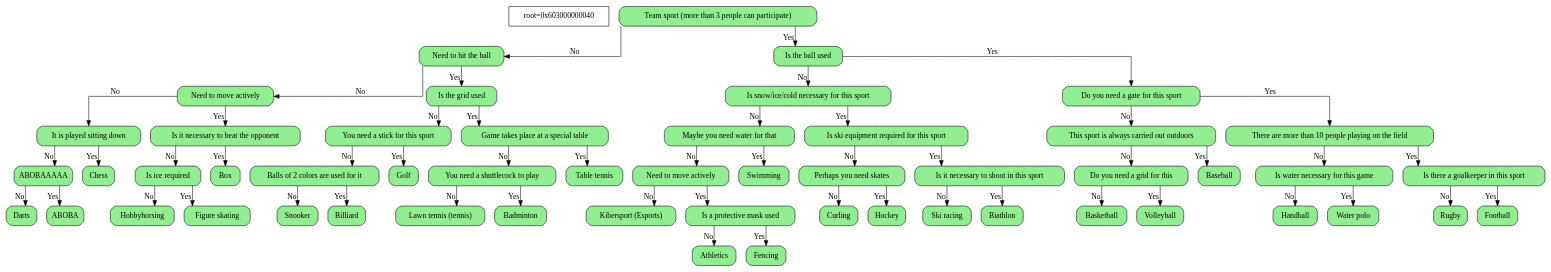
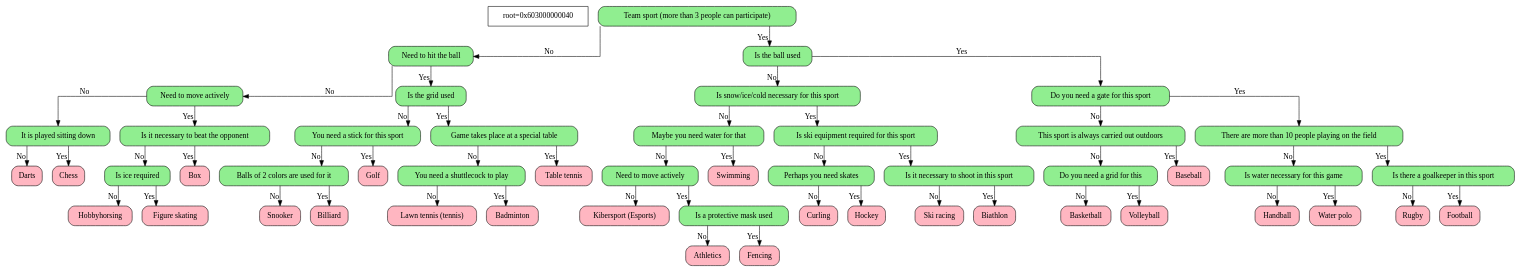
The diagram in DumpFiles/dump.dot (Yan103/Akinator), drawn with Graphviz before and after one commit. The commit also changed 11 other files, not shown here.

```diff
--- a/DumpFiles/dump.dot
+++ b/DumpFiles/dump.dot
@@ -11,23 +11,29 @@
 	node0x6030000000a0->node0x6030000000d0[xlabel="No"]
 	node0x6030000000d0[shape=Mrecord,style="rounded,filled",fillcolor="lightgreen",label="{ It is played sitting down }"]
 	node0x6030000000d0->node0x603000000100[xlabel="No"]
-	node0x603000000100[shape=Mrecord,style="rounded,filled",fillcolor="lightgreen",label="{ ABOBAAAAA }"]
-	node0x603000000100->node0x603000000b80[xlabel="No"]
-	node0x603000000b80[shape=Mrecord,style="rounded,filled",fillcolor="lightgreen",label="{ Darts }"]
-	node0x603000000100->node0x603000000bb0[xlabel="Yes"]
-	node0x603000000bb0[shape=Mrecord,style="rounded,filled",fillcolor="lightgreen",label="{ ABOBA }"]
+	node0x603000000100[shape=Mrecord,style="rounded,filled",fillcolor="lightpink",label="{ Darts }"]
+	node0x603000000100[shape=Mrecord,style="rounded,filled",fillcolor="lightpink",label="{ Darts }"]
+	node0x6030000000d0[shape=Mrecord,style="rounded,filled",fillcolor="lightgreen",label="{ It is played sitting down }"]
 	node0x6030000000d0->node0x603000000130[xlabel="Yes"]
-	node0x603000000130[shape=Mrecord,style="rounded,filled",fillcolor="lightgreen",label="{ Chess }"]
+	node0x603000000130[shape=Mrecord,style="rounded,filled",fillcolor="lightpink",label="{ Chess }"]
+	node0x603000000130[shape=Mrecord,style="rounded,filled",fillcolor="lightpink",label="{ Chess }"]
+	node0x6030000000a0[shape=Mrecord,style="rounded,filled",fillcolor="lightgreen",label="{ Need to move actively }"]
 	node0x6030000000a0->node0x603000000160[xlabel="Yes"]
 	node0x603000000160[shape=Mrecord,style="rounded,filled",fillcolor="lightgreen",label="{ Is it necessary to beat the opponent }"]
 	node0x603000000160->node0x603000000190[xlabel="No"]
 	node0x603000000190[shape=Mrecord,style="rounded,filled",fillcolor="lightgreen",label="{ Is ice required }"]
 	node0x603000000190->node0x6030000001c0[xlabel="No"]
-	node0x6030000001c0[shape=Mrecord,style="rounded,filled",fillcolor="lightgreen",label="{ Hobbyhorsing }"]
+	node0x6030000001c0[shape=Mrecord,style="rounded,filled",fillcolor="lightpink",label="{ Hobbyhorsing }"]
+	node0x6030000001c0[shape=Mrecord,style="rounded,filled",fillcolor="lightpink",label="{ Hobbyhorsing }"]
+	node0x603000000190[shape=Mrecord,style="rounded,filled",fillcolor="lightgreen",label="{ Is ice required }"]
 	node0x603000000190->node0x6030000001f0[xlabel="Yes"]
-	node0x6030000001f0[shape=Mrecord,style="rounded,filled",fillcolor="lightgreen",label="{ Figure skating }"]
+	node0x6030000001f0[shape=Mrecord,style="rounded,filled",fillcolor="lightpink",label="{ Figure skating }"]
+	node0x6030000001f0[shape=Mrecord,style="rounded,filled",fillcolor="lightpink",label="{ Figure skating }"]
+	node0x603000000160[shape=Mrecord,style="rounded,filled",fillcolor="lightgreen",label="{ Is it necessary to beat the opponent }"]
 	node0x603000000160->node0x603000000220[xlabel="Yes"]
-	node0x603000000220[shape=Mrecord,style="rounded,filled",fillcolor="lightgreen",label="{ Box }"]
+	node0x603000000220[shape=Mrecord,style="rounded,filled",fillcolor="lightpink",label="{ Box }"]
+	node0x603000000220[shape=Mrecord,style="rounded,filled",fillcolor="lightpink",label="{ Box }"]
+	node0x603000000070[shape=Mrecord,style="rounded,filled",fillcolor="lightgreen",label="{ Need to hit the ball }"]
 	node0x603000000070->node0x603000000250[xlabel="Yes"]
 	node0x603000000250[shape=Mrecord,style="rounded,filled",fillcolor="lightgreen",label="{ Is the grid used }"]
 	node0x603000000250->node0x603000000280[xlabel="No"]
@@ -35,21 +41,33 @@
 	node0x603000000280->node0x6030000002b0[xlabel="No"]
 	node0x6030000002b0[shape=Mrecord,style="rounded,filled",fillcolor="lightgreen",label="{ Balls of 2 colors are used for it }"]
 	node0x6030000002b0->node0x6030000002e0[xlabel="No"]
-	node0x6030000002e0[shape=Mrecord,style="rounded,filled",fillcolor="lightgreen",label="{ Snooker }"]
+	node0x6030000002e0[shape=Mrecord,style="rounded,filled",fillcolor="lightpink",label="{ Snooker }"]
+	node0x6030000002e0[shape=Mrecord,style="rounded,filled",fillcolor="lightpink",label="{ Snooker }"]
+	node0x6030000002b0[shape=Mrecord,style="rounded,filled",fillcolor="lightgreen",label="{ Balls of 2 colors are used for it }"]
 	node0x6030000002b0->node0x603000000310[xlabel="Yes"]
-	node0x603000000310[shape=Mrecord,style="rounded,filled",fillcolor="lightgreen",label="{ Billiard }"]
+	node0x603000000310[shape=Mrecord,style="rounded,filled",fillcolor="lightpink",label="{ Billiard }"]
+	node0x603000000310[shape=Mrecord,style="rounded,filled",fillcolor="lightpink",label="{ Billiard }"]
+	node0x603000000280[shape=Mrecord,style="rounded,filled",fillcolor="lightgreen",label="{ You need a stick for this sport }"]
 	node0x603000000280->node0x603000000340[xlabel="Yes"]
-	node0x603000000340[shape=Mrecord,style="rounded,filled",fillcolor="lightgreen",label="{ Golf }"]
+	node0x603000000340[shape=Mrecord,style="rounded,filled",fillcolor="lightpink",label="{ Golf }"]
+	node0x603000000340[shape=Mrecord,style="rounded,filled",fillcolor="lightpink",label="{ Golf }"]
+	node0x603000000250[shape=Mrecord,style="rounded,filled",fillcolor="lightgreen",label="{ Is the grid used }"]
 	node0x603000000250->node0x603000000370[xlabel="Yes"]
 	node0x603000000370[shape=Mrecord,style="rounded,filled",fillcolor="lightgreen",label="{ Game takes place at a special table }"]
 	node0x603000000370->node0x6030000003a0[xlabel="No"]
 	node0x6030000003a0[shape=Mrecord,style="rounded,filled",fillcolor="lightgreen",label="{ You need a shuttlecock to play }"]
 	node0x6030000003a0->node0x6030000003d0[xlabel="No"]
-	node0x6030000003d0[shape=Mrecord,style="rounded,filled",fillcolor="lightgreen",label="{ Lawn tennis (tennis) }"]
+	node0x6030000003d0[shape=Mrecord,style="rounded,filled",fillcolor="lightpink",label="{ Lawn tennis (tennis) }"]
+	node0x6030000003d0[shape=Mrecord,style="rounded,filled",fillcolor="lightpink",label="{ Lawn tennis (tennis) }"]
+	node0x6030000003a0[shape=Mrecord,style="rounded,filled",fillcolor="lightgreen",label="{ You need a shuttlecock to play }"]
 	node0x6030000003a0->node0x603000000400[xlabel="Yes"]
-	node0x603000000400[shape=Mrecord,style="rounded,filled",fillcolor="lightgreen",label="{ Badminton }"]
+	node0x603000000400[shape=Mrecord,style="rounded,filled",fillcolor="lightpink",label="{ Badminton }"]
+	node0x603000000400[shape=Mrecord,style="rounded,filled",fillcolor="lightpink",label="{ Badminton }"]
+	node0x603000000370[shape=Mrecord,style="rounded,filled",fillcolor="lightgreen",label="{ Game takes place at a special table }"]
 	node0x603000000370->node0x603000000430[xlabel="Yes"]
-	node0x603000000430[shape=Mrecord,style="rounded,filled",fillcolor="lightgreen",label="{ Table tennis }"]
+	node0x603000000430[shape=Mrecord,style="rounded,filled",fillcolor="lightpink",label="{ Table tennis }"]
+	node0x603000000430[shape=Mrecord,style="rounded,filled",fillcolor="lightpink",label="{ Table tennis }"]
+	node0x603000000040[shape=Mrecord,style="rounded,filled",fillcolor="lightgreen",label="{ Team sport (more than 3 people can participate) }"]
 	node0x603000000040->node0x603000000460[xlabel="Yes"]
 	node0x603000000460[shape=Mrecord,style="rounded,filled",fillcolor="lightgreen",label="{ Is the ball  used }"]
 	node0x603000000460->node0x603000000490[xlabel="No"]
@@ -59,29 +77,45 @@
 	node0x6030000004c0->node0x6030000004f0[xlabel="No"]
 	node0x6030000004f0[shape=Mrecord,style="rounded,filled",fillcolor="lightgreen",label="{ Need to move actively }"]
 	node0x6030000004f0->node0x603000000520[xlabel="No"]
-	node0x603000000520[shape=Mrecord,style="rounded,filled",fillcolor="lightgreen",label="{ Kibersport (Esports) }"]
+	node0x603000000520[shape=Mrecord,style="rounded,filled",fillcolor="lightpink",label="{ Kibersport (Esports) }"]
+	node0x603000000520[shape=Mrecord,style="rounded,filled",fillcolor="lightpink",label="{ Kibersport (Esports) }"]
+	node0x6030000004f0[shape=Mrecord,style="rounded,filled",fillcolor="lightgreen",label="{ Need to move actively }"]
 	node0x6030000004f0->node0x603000000550[xlabel="Yes"]
 	node0x603000000550[shape=Mrecord,style="rounded,filled",fillcolor="lightgreen",label="{ Is a protective mask used }"]
 	node0x603000000550->node0x603000000580[xlabel="No"]
-	node0x603000000580[shape=Mrecord,style="rounded,filled",fillcolor="lightgreen",label="{ Athletics }"]
+	node0x603000000580[shape=Mrecord,style="rounded,filled",fillcolor="lightpink",label="{ Athletics }"]
+	node0x603000000580[shape=Mrecord,style="rounded,filled",fillcolor="lightpink",label="{ Athletics }"]
+	node0x603000000550[shape=Mrecord,style="rounded,filled",fillcolor="lightgreen",label="{ Is a protective mask used }"]
 	node0x603000000550->node0x6030000005b0[xlabel="Yes"]
-	node0x6030000005b0[shape=Mrecord,style="rounded,filled",fillcolor="lightgreen",label="{ Fencing }"]
+	node0x6030000005b0[shape=Mrecord,style="rounded,filled",fillcolor="lightpink",label="{ Fencing }"]
+	node0x6030000005b0[shape=Mrecord,style="rounded,filled",fillcolor="lightpink",label="{ Fencing }"]
+	node0x6030000004c0[shape=Mrecord,style="rounded,filled",fillcolor="lightgreen",label="{ Maybe you need water for that }"]
 	node0x6030000004c0->node0x6030000005e0[xlabel="Yes"]
-	node0x6030000005e0[shape=Mrecord,style="rounded,filled",fillcolor="lightgreen",label="{ Swimming }"]
+	node0x6030000005e0[shape=Mrecord,style="rounded,filled",fillcolor="lightpink",label="{ Swimming }"]
+	node0x6030000005e0[shape=Mrecord,style="rounded,filled",fillcolor="lightpink",label="{ Swimming }"]
+	node0x603000000490[shape=Mrecord,style="rounded,filled",fillcolor="lightgreen",label="{ Is snow/ice/cold necessary for this sport }"]
 	node0x603000000490->node0x603000000610[xlabel="Yes"]
 	node0x603000000610[shape=Mrecord,style="rounded,filled",fillcolor="lightgreen",label="{ Is ski equipment required for this sport }"]
 	node0x603000000610->node0x603000000640[xlabel="No"]
 	node0x603000000640[shape=Mrecord,style="rounded,filled",fillcolor="lightgreen",label="{ Perhaps you need skates }"]
 	node0x603000000640->node0x603000000670[xlabel="No"]
-	node0x603000000670[shape=Mrecord,style="rounded,filled",fillcolor="lightgreen",label="{ Curling }"]
+	node0x603000000670[shape=Mrecord,style="rounded,filled",fillcolor="lightpink",label="{ Curling }"]
+	node0x603000000670[shape=Mrecord,style="rounded,filled",fillcolor="lightpink",label="{ Curling }"]
+	node0x603000000640[shape=Mrecord,style="rounded,filled",fillcolor="lightgreen",label="{ Perhaps you need skates }"]
 	node0x603000000640->node0x6030000006a0[xlabel="Yes"]
-	node0x6030000006a0[shape=Mrecord,style="rounded,filled",fillcolor="lightgreen",label="{ Hockey }"]
+	node0x6030000006a0[shape=Mrecord,style="rounded,filled",fillcolor="lightpink",label="{ Hockey }"]
+	node0x6030000006a0[shape=Mrecord,style="rounded,filled",fillcolor="lightpink",label="{ Hockey }"]
+	node0x603000000610[shape=Mrecord,style="rounded,filled",fillcolor="lightgreen",label="{ Is ski equipment required for this sport }"]
 	node0x603000000610->node0x6030000006d0[xlabel="Yes"]
 	node0x6030000006d0[shape=Mrecord,style="rounded,filled",fillcolor="lightgreen",label="{ Is it necessary to shoot in this sport }"]
 	node0x6030000006d0->node0x603000000700[xlabel="No"]
-	node0x603000000700[shape=Mrecord,style="rounded,filled",fillcolor="lightgreen",label="{ Ski racing }"]
+	node0x603000000700[shape=Mrecord,style="rounded,filled",fillcolor="lightpink",label="{ Ski racing }"]
+	node0x603000000700[shape=Mrecord,style="rounded,filled",fillcolor="lightpink",label="{ Ski racing }"]
+	node0x6030000006d0[shape=Mrecord,style="rounded,filled",fillcolor="lightgreen",label="{ Is it necessary to shoot in this sport }"]
 	node0x6030000006d0->node0x603000000730[xlabel="Yes"]
-	node0x603000000730[shape=Mrecord,style="rounded,filled",fillcolor="lightgreen",label="{ Biathlon }"]
+	node0x603000000730[shape=Mrecord,style="rounded,filled",fillcolor="lightpink",label="{ Biathlon }"]
+	node0x603000000730[shape=Mrecord,style="rounded,filled",fillcolor="lightpink",label="{ Biathlon }"]
+	node0x603000000460[shape=Mrecord,style="rounded,filled",fillcolor="lightgreen",label="{ Is the ball  used }"]
 	node0x603000000460->node0x603000000760[xlabel="Yes"]
 	node0x603000000760[shape=Mrecord,style="rounded,filled",fillcolor="lightgreen",label="{ Do you need a gate for this sport }"]
 	node0x603000000760->node0x603000000790[xlabel="No"]
@@ -89,24 +123,37 @@
 	node0x603000000790->node0x6030000007c0[xlabel="No"]
 	node0x6030000007c0[shape=Mrecord,style="rounded,filled",fillcolor="lightgreen",label="{ Do you need a grid for this }"]
 	node0x6030000007c0->node0x6030000007f0[xlabel="No"]
-	node0x6030000007f0[shape=Mrecord,style="rounded,filled",fillcolor="lightgreen",label="{ Basketball }"]
+	node0x6030000007f0[shape=Mrecord,style="rounded,filled",fillcolor="lightpink",label="{ Basketball }"]
+	node0x6030000007f0[shape=Mrecord,style="rounded,filled",fillcolor="lightpink",label="{ Basketball }"]
+	node0x6030000007c0[shape=Mrecord,style="rounded,filled",fillcolor="lightgreen",label="{ Do you need a grid for this }"]
 	node0x6030000007c0->node0x603000000820[xlabel="Yes"]
-	node0x603000000820[shape=Mrecord,style="rounded,filled",fillcolor="lightgreen",label="{ Volleyball }"]
+	node0x603000000820[shape=Mrecord,style="rounded,filled",fillcolor="lightpink",label="{ Volleyball }"]
+	node0x603000000820[shape=Mrecord,style="rounded,filled",fillcolor="lightpink",label="{ Volleyball }"]
+	node0x603000000790[shape=Mrecord,style="rounded,filled",fillcolor="lightgreen",label="{ This sport is always carried out outdoors }"]
 	node0x603000000790->node0x603000000850[xlabel="Yes"]
-	node0x603000000850[shape=Mrecord,style="rounded,filled",fillcolor="lightgreen",label="{ Baseball }"]
+	node0x603000000850[shape=Mrecord,style="rounded,filled",fillcolor="lightpink",label="{ Baseball }"]
+	node0x603000000850[shape=Mrecord,style="rounded,filled",fillcolor="lightpink",label="{ Baseball }"]
+	node0x603000000760[shape=Mrecord,style="rounded,filled",fillcolor="lightgreen",label="{ Do you need a gate for this sport }"]
 	node0x603000000760->node0x603000000880[xlabel="Yes"]
 	node0x603000000880[shape=Mrecord,style="rounded,filled",fillcolor="lightgreen",label="{ There are more than 10 people playing on the field }"]
 	node0x603000000880->node0x6030000008b0[xlabel="No"]
 	node0x6030000008b0[shape=Mrecord,style="rounded,filled",fillcolor="lightgreen",label="{ Is water necessary for this game }"]
 	node0x6030000008b0->node0x6030000008e0[xlabel="No"]
-	node0x6030000008e0[shape=Mrecord,style="rounded,filled",fillcolor="lightgreen",label="{ Handball }"]
+	node0x6030000008e0[shape=Mrecord,style="rounded,filled",fillcolor="lightpink",label="{ Handball }"]
+	node0x6030000008e0[shape=Mrecord,style="rounded,filled",fillcolor="lightpink",label="{ Handball }"]
+	node0x6030000008b0[shape=Mrecord,style="rounded,filled",fillcolor="lightgreen",label="{ Is water necessary for this game }"]
 	node0x6030000008b0->node0x603000000910[xlabel="Yes"]
-	node0x603000000910[shape=Mrecord,style="rounded,filled",fillcolor="lightgreen",label="{ Water polo }"]
+	node0x603000000910[shape=Mrecord,style="rounded,filled",fillcolor="lightpink",label="{ Water polo }"]
+	node0x603000000910[shape=Mrecord,style="rounded,filled",fillcolor="lightpink",label="{ Water polo }"]
+	node0x603000000880[shape=Mrecord,style="rounded,filled",fillcolor="lightgreen",label="{ There are more than 10 people playing on the field }"]
 	node0x603000000880->node0x603000000940[xlabel="Yes"]
 	node0x603000000940[shape=Mrecord,style="rounded,filled",fillcolor="lightgreen",label="{ Is there a goalkeeper in this sport }"]
 	node0x603000000940->node0x603000000970[xlabel="No"]
-	node0x603000000970[shape=Mrecord,style="rounded,filled",fillcolor="lightgreen",label="{ Rugby }"]
+	node0x603000000970[shape=Mrecord,style="rounded,filled",fillcolor="lightpink",label="{ Rugby }"]
+	node0x603000000970[shape=Mrecord,style="rounded,filled",fillcolor="lightpink",label="{ Rugby }"]
+	node0x603000000940[shape=Mrecord,style="rounded,filled",fillcolor="lightgreen",label="{ Is there a goalkeeper in this sport }"]
 	node0x603000000940->node0x6030000009a0[xlabel="Yes"]
-	node0x6030000009a0[shape=Mrecord,style="rounded,filled",fillcolor="lightgreen",label="{ Football }"]
+	node0x6030000009a0[shape=Mrecord,style="rounded,filled",fillcolor="lightpink",label="{ Football }"]
+	node0x6030000009a0[shape=Mrecord,style="rounded,filled",fillcolor="lightpink",label="{ Football }"]
 
 }
```
